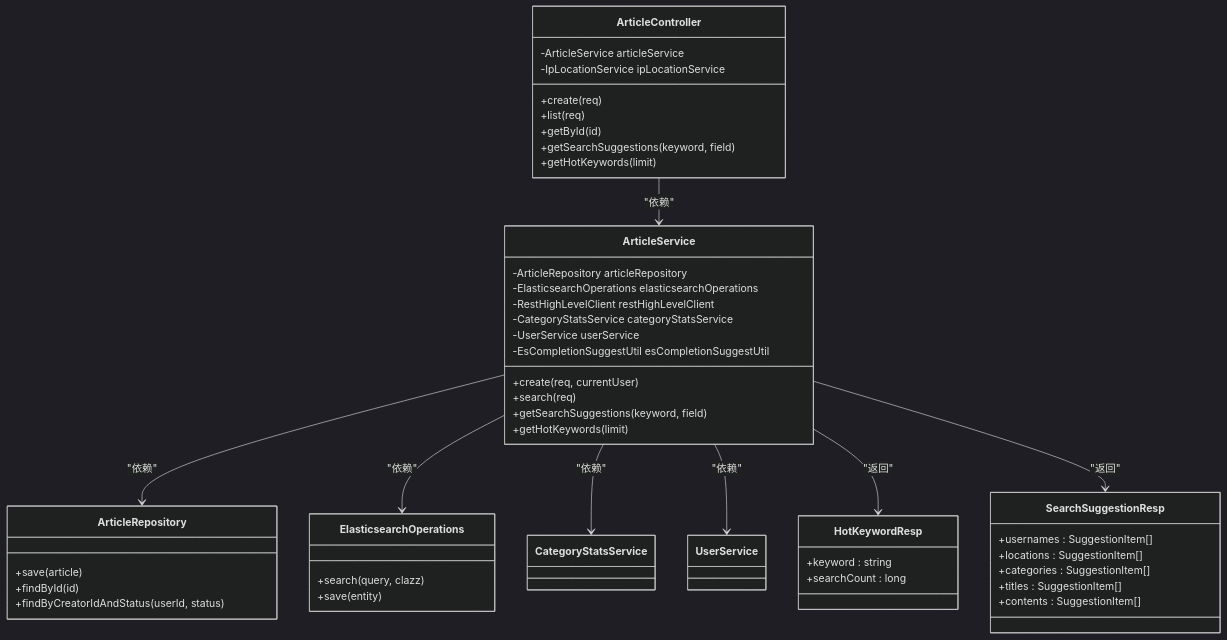
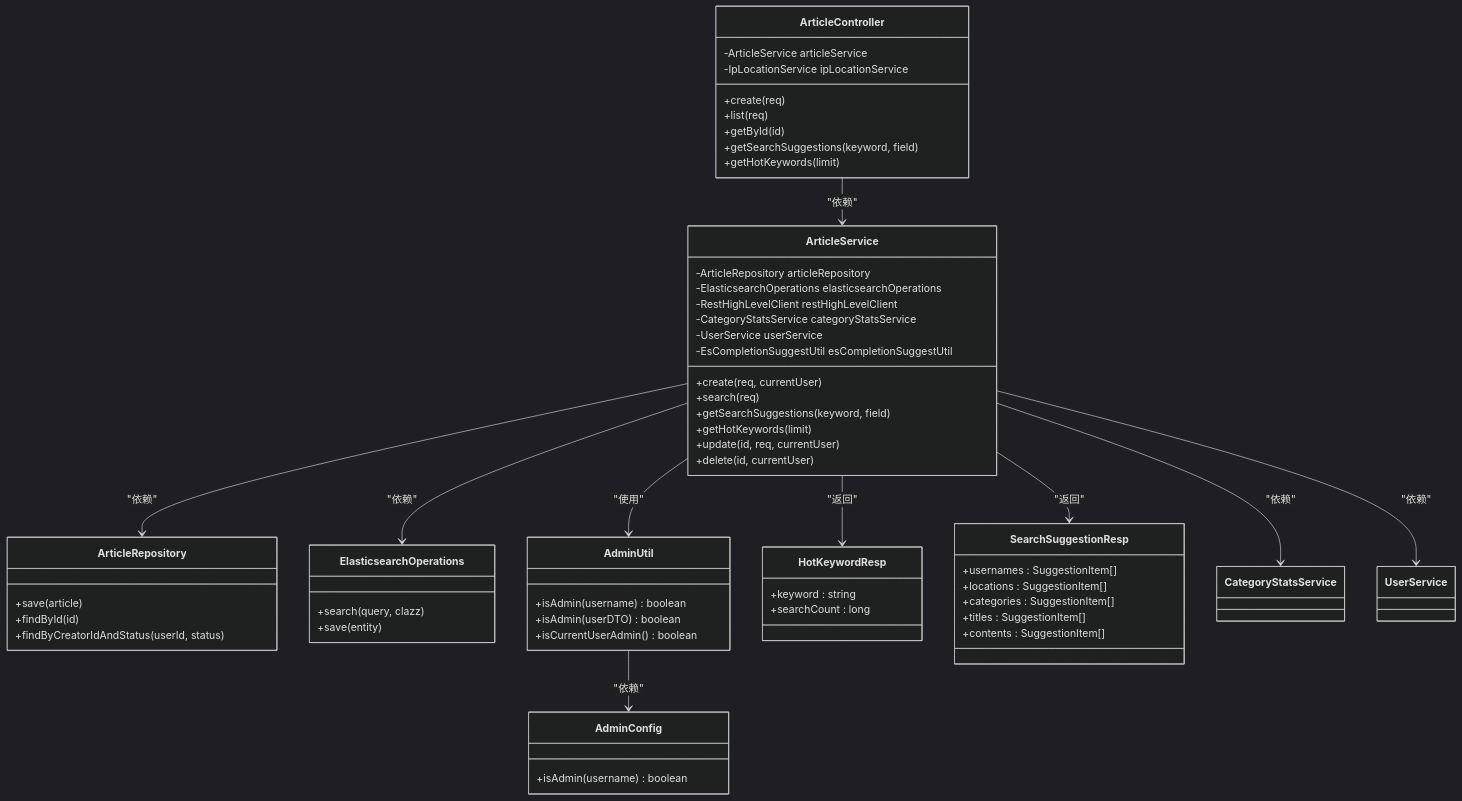
Diagram 35 of 35 in .qoder/repowiki/zh/content/Home View.md (20164206160/zhishilu), drawn with Mermaid (dark theme) before and after one commit. The commit also changed other lines of this file and 11 other files, not shown here.

````diff
--- a/.qoder/repowiki/zh/content/Home View.md
+++ b/.qoder/repowiki/zh/content/Home View.md
@@ -1124,51 +1303,63 @@
 ```mermaid
 classDiagram
 class ArticleController {
 -ArticleService articleService
 -IpLocationService ipLocationService
 +create(req)
 +list(req)
 +getById(id)
 +getSearchSuggestions(keyword, field)
 +getHotKeywords(limit)
 }
 class ArticleService {
 -ArticleRepository articleRepository
 -ElasticsearchOperations elasticsearchOperations
 -RestHighLevelClient restHighLevelClient
 -CategoryStatsService categoryStatsService
 -UserService userService
 -EsCompletionSuggestUtil esCompletionSuggestUtil
 +create(req, currentUser)
 +search(req)
 +getSearchSuggestions(keyword, field)
 +getHotKeywords(limit)
++update(id, req, currentUser)
++delete(id, currentUser)
 }
 class ArticleRepository {
 +save(article)
 +findById(id)
 +findByCreatorIdAndStatus(userId, status)
 }
 class ElasticsearchOperations {
 +search(query, clazz)
 +save(entity)
+}
+class AdminUtil {
++isAdmin(username) boolean
++isAdmin(userDTO) boolean
++isCurrentUserAdmin() boolean
+}
+class AdminConfig {
++isAdmin(username) boolean
 }
 class HotKeywordResp {
 +keyword : string
 +searchCount : long
 }
 class SearchSuggestionResp {
 +usernames : SuggestionItem[]
 +locations : SuggestionItem[]
 +categories : SuggestionItem[]
 +titles : SuggestionItem[]
 +contents : SuggestionItem[]
 }
 ArticleController --> ArticleService : "依赖"
 ArticleService --> ArticleRepository : "依赖"
 ArticleService --> ElasticsearchOperations : "依赖"
 ArticleService --> CategoryStatsService : "依赖"
 ArticleService --> UserService : "依赖"
+ArticleService --> AdminUtil : "使用"
+AdminUtil --> AdminConfig : "依赖"
 ArticleService --> HotKeywordResp : "返回"
 ArticleService --> SearchSuggestionResp : "返回"
 ```
````
